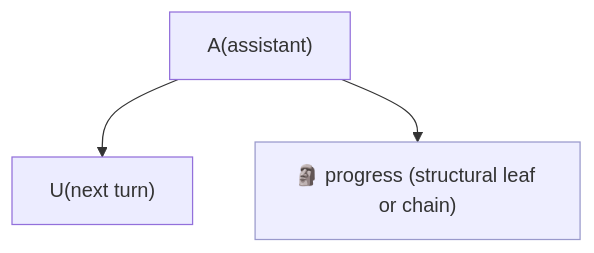
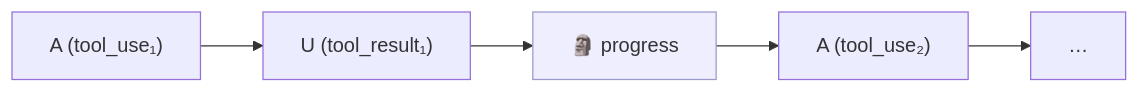
One commit to handgemacht-ai/claude-code-log changed diagram 11 of 18 in dev-docs/dag.md. Above: the diagram before and after it, drawn with Mermaid. The commit also changed other lines of this file and 4 other files, not shown here.

First line of the commit message:
Linearize assistant-continuation tool-flow forks instead of branching (#214)

````diff
--- a/dev-docs/dag.md
+++ b/dev-docs/dag.md
@@ -407,7 +431,6 @@
 ```mermaid
-graph TD
-    A["A(assistant)"] --> U["U(next turn)"]
-    A --> P["🗿 progress (structural leaf or chain)"]
+graph LR
+    A1["A (tool_use₁)"] --> U1["U (tool_result₁)"] --> P1["🗿 progress"] --> A2["A (tool_use₂)"] --> rest["…"]
     classDef structural fill:#eef,stroke:#99c
-    class P structural
+    class P1 structural
 ```
````
